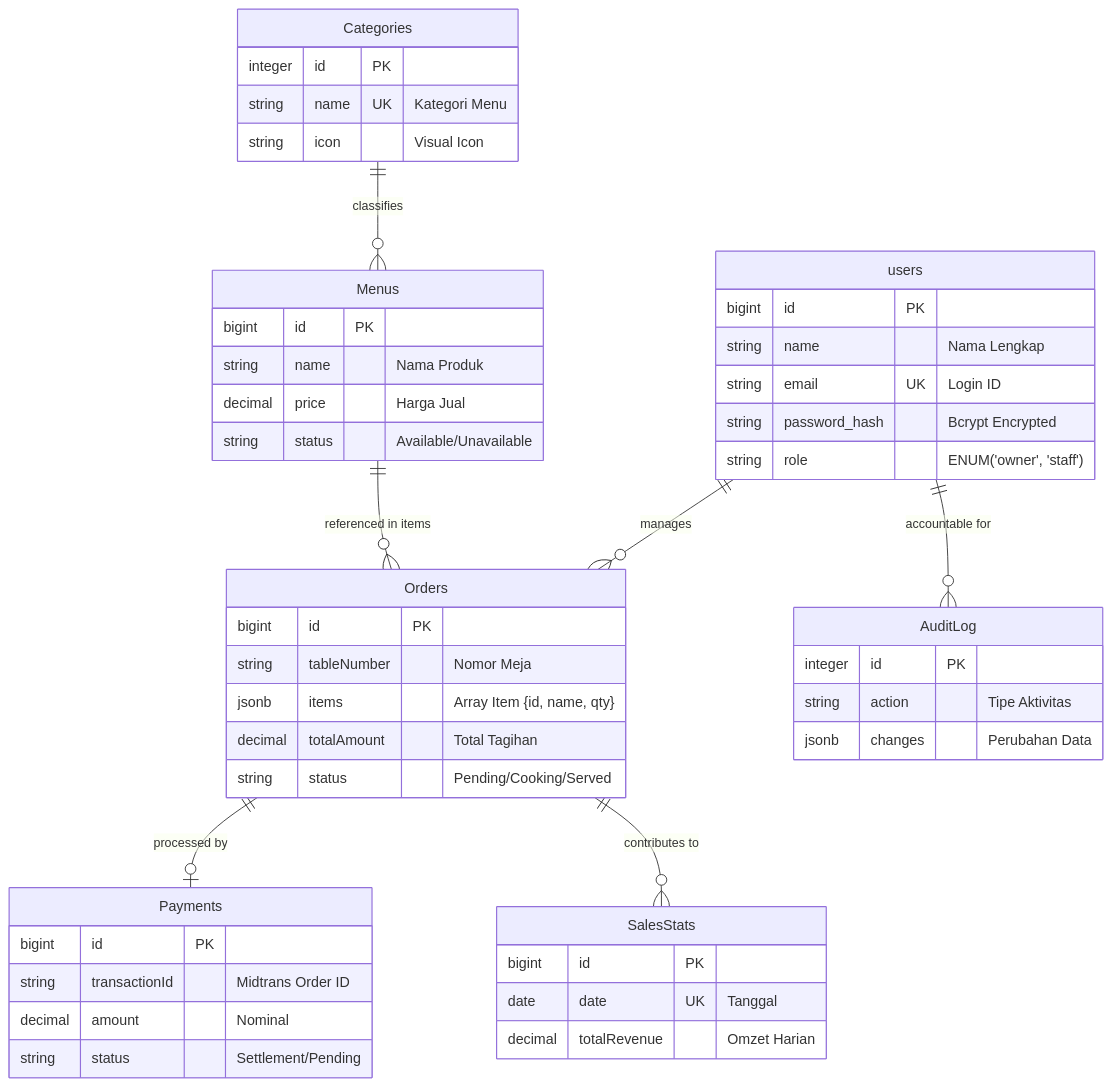
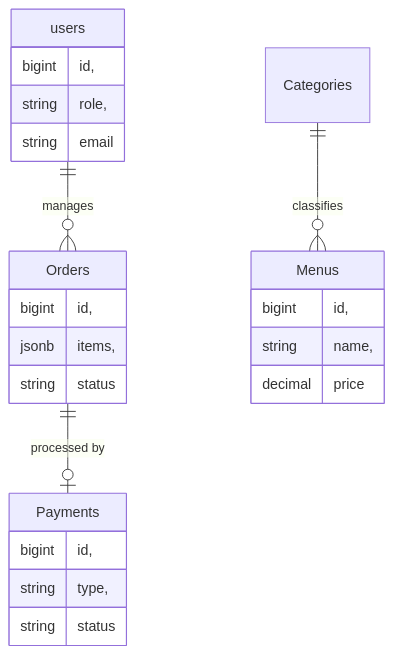
One commit to owel17/backend_restaurant changed the fifth of 6 diagrams in LAPORAN_PRAKTIKUM_RPL.md. Above: the diagram before and after it, drawn with Mermaid. The commit also changed other lines of this file, not shown here.

````diff
--- a/LAPORAN_PRAKTIKUM_RPL.md
+++ b/LAPORAN_PRAKTIKUM_RPL.md
@@ -161,51 +254,11 @@
 ```mermaid
 erDiagram
     users ||--o{ Orders : "manages"
-    users ||--o{ AuditLog : "accountable for"
+    Orders ||--o| Payments : "processed by"
     Categories ||--o{ Menus : "classifies"
-    Menus ||--o{ Orders : "referenced in items"
-    Orders ||--o| Payments : "processed by"
-    Orders ||--o{ SalesStats : "contributes to"
-
-    users {
-        bigint id PK
-        string name "Nama Lengkap"
-        string email UK "Login ID"
-        string password_hash "Bcrypt Encrypted"
-        string role "ENUM('owner', 'staff')"
-    }
-    Categories {
-        integer id PK
-        string name UK "Kategori Menu"
-        string icon "Visual Icon"
-    }
-    Menus {
-        bigint id PK
-        string name "Nama Produk"
-        decimal price "Harga Jual"
-        string status "Available/Unavailable"
-    }
-    Orders {
-        bigint id PK
-        string tableNumber "Nomor Meja"
-        jsonb items "Array Item {id, name, qty}"
-        decimal totalAmount "Total Tagihan"
-        string status "Pending/Cooking/Served"
-    }
-    Payments {
-        bigint id PK
-        string transactionId "Midtrans Order ID"
-        decimal amount "Nominal"
-        string status "Settlement/Pending"
-    }
-    SalesStats {
-        bigint id PK
-        date date UK "Tanggal"
-        decimal totalRevenue "Omzet Harian"
-    }
-    AuditLog {
-        integer id PK
-        string action "Tipe Aktivitas"
-        jsonb changes "Perubahan Data"
-    }
+    
+    users { bigint id, string role, string email }
+    Orders { bigint id, jsonb items, string status }
+    Menus { bigint id, string name, decimal price }
+    Payments { bigint id, string type, string status }
 ```
````
